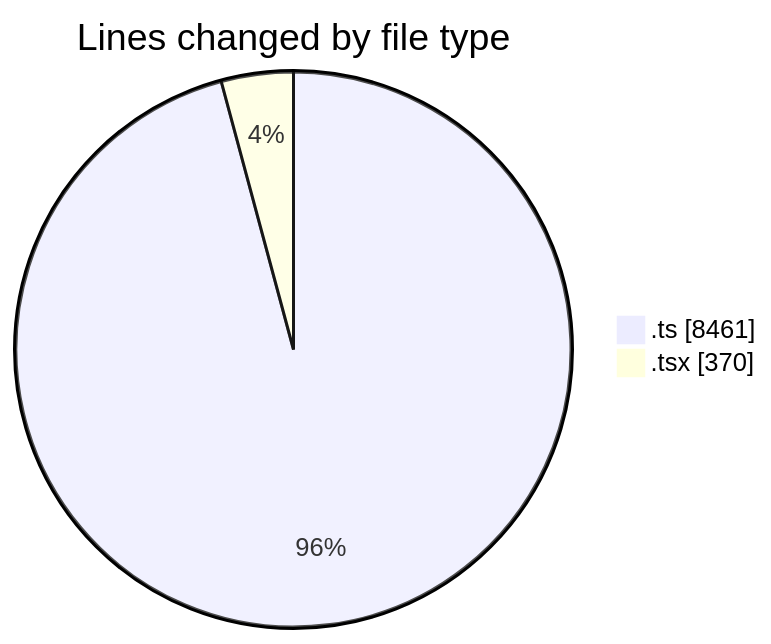
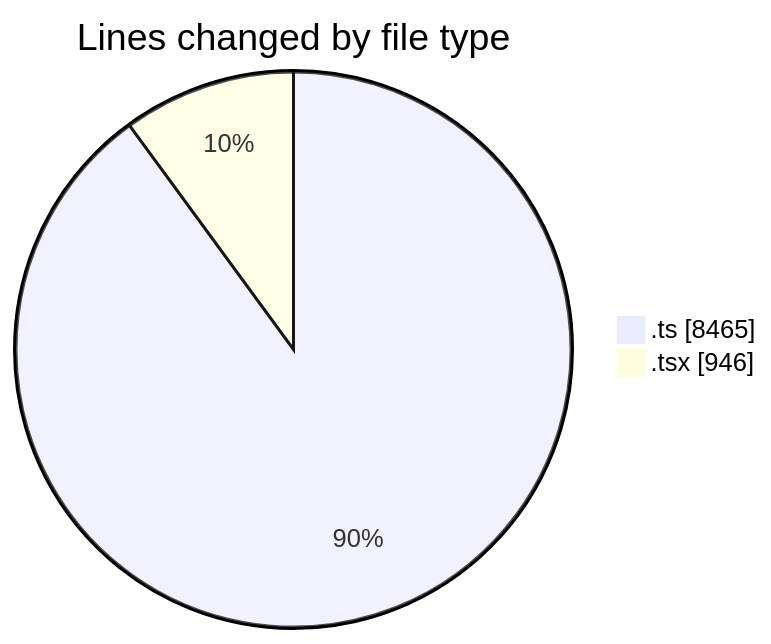
Before and after one commit to momahboobian/code-tracking: the first of 2 diagrams in 2025-07-14/cda/README.md, drawn with Mermaid. The commit also changed other lines of this file and 1 other file, not shown here.

````diff
--- a/2025-07-14/cda/README.md
+++ b/2025-07-14/cda/README.md
@@ -25,6 +26,6 @@
 ```mermaid
 pie showData
 title Lines changed by file type
-".ts" : 8461
-".tsx" : 370
+".ts" : 8465
+".tsx" : 946
 ```
````
